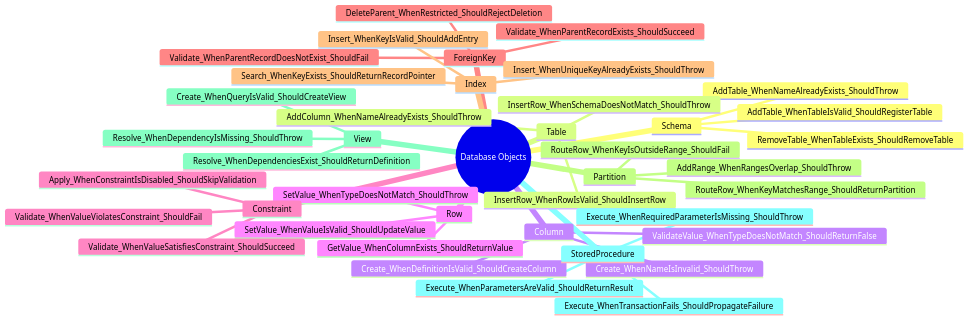
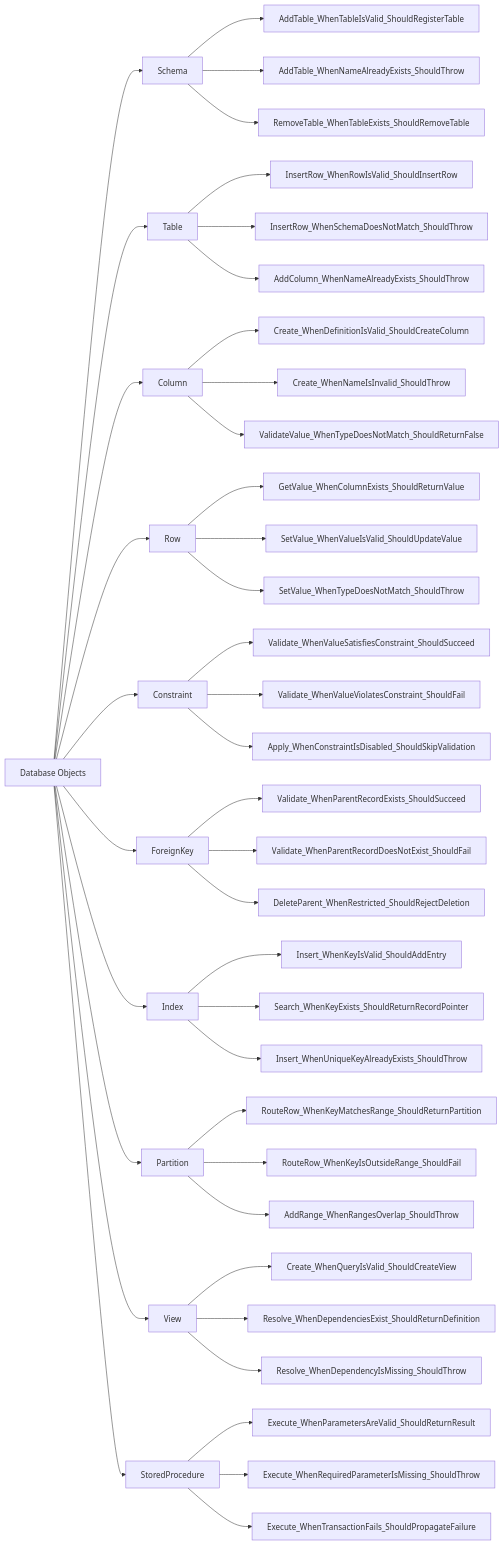
Diagram 12 of 19 in README.md (manaxpow/DBMS), drawn with Mermaid before and after one commit. The commit also changed other lines of this file and 84 other files, not shown here.

````diff
--- a/README.md
+++ b/README.md
@@ -306,44 +340,52 @@
 ```mermaid
-mindmap
-  root((Database Objects))
-    Schema
-      AddTable_WhenTableIsValid_ShouldRegisterTable
-      AddTable_WhenNameAlreadyExists_ShouldThrow
-      RemoveTable_WhenTableExists_ShouldRemoveTable
-    Table
-      InsertRow_WhenRowIsValid_ShouldInsertRow
-      InsertRow_WhenSchemaDoesNotMatch_ShouldThrow
-      AddColumn_WhenNameAlreadyExists_ShouldThrow
-    Column
-      Create_WhenDefinitionIsValid_ShouldCreateColumn
-      Create_WhenNameIsInvalid_ShouldThrow
-      ValidateValue_WhenTypeDoesNotMatch_ShouldReturnFalse
-    Row
-      GetValue_WhenColumnExists_ShouldReturnValue
-      SetValue_WhenValueIsValid_ShouldUpdateValue
-      SetValue_WhenTypeDoesNotMatch_ShouldThrow
-    Constraint
-      Validate_WhenValueSatisfiesConstraint_ShouldSucceed
-      Validate_WhenValueViolatesConstraint_ShouldFail
-      Apply_WhenConstraintIsDisabled_ShouldSkipValidation
-    ForeignKey
-      Validate_WhenParentRecordExists_ShouldSucceed
-      Validate_WhenParentRecordDoesNotExist_ShouldFail
-      DeleteParent_WhenRestricted_ShouldRejectDeletion
-    Index
-      Insert_WhenKeyIsValid_ShouldAddEntry
-      Search_WhenKeyExists_ShouldReturnRecordPointer
-      Insert_WhenUniqueKeyAlreadyExists_ShouldThrow
-    Partition
-      RouteRow_WhenKeyMatchesRange_ShouldReturnPartition
-      RouteRow_WhenKeyIsOutsideRange_ShouldFail
-      AddRange_WhenRangesOverlap_ShouldThrow
-    View
-      Create_WhenQueryIsValid_ShouldCreateView
-      Resolve_WhenDependenciesExist_ShouldReturnDefinition
-      Resolve_WhenDependencyIsMissing_ShouldThrow
-    StoredProcedure
-      Execute_WhenParametersAreValid_ShouldReturnResult
-      Execute_WhenRequiredParameterIsMissing_ShouldThrow
-      Execute_WhenTransactionFails_ShouldPropagateFailure
+flowchart LR
+    Subsystem[Database Objects] --> Schema
+    Schema --> AddTable_WhenTableIsValid_ShouldRegisterTable
+    Schema --> AddTable_WhenNameAlreadyExists_ShouldThrow
+    Schema --> RemoveTable_WhenTableExists_ShouldRemoveTable
+    
+    Subsystem --> Table
+    Table --> InsertRow_WhenRowIsValid_ShouldInsertRow
+    Table --> InsertRow_WhenSchemaDoesNotMatch_ShouldThrow
+    Table --> AddColumn_WhenNameAlreadyExists_ShouldThrow
+    
+    Subsystem --> Column
+    Column --> Create_WhenDefinitionIsValid_ShouldCreateColumn
+    Column --> Create_WhenNameIsInvalid_ShouldThrow
+    Column --> ValidateValue_WhenTypeDoesNotMatch_ShouldReturnFalse
+    
+    Subsystem --> Row
+    Row --> GetValue_WhenColumnExists_ShouldReturnValue
+    Row --> SetValue_WhenValueIsValid_ShouldUpdateValue
+    Row --> SetValue_WhenTypeDoesNotMatch_ShouldThrow
+    
+    Subsystem --> Constraint
+    Constraint --> Validate_WhenValueSatisfiesConstraint_ShouldSucceed
+    Constraint --> Validate_WhenValueViolatesConstraint_ShouldFail
+    Constraint --> Apply_WhenConstraintIsDisabled_ShouldSkipValidation
+    
+    Subsystem --> ForeignKey
+    ForeignKey --> Validate_WhenParentRecordExists_ShouldSucceed
+    ForeignKey --> Validate_WhenParentRecordDoesNotExist_ShouldFail
+    ForeignKey --> DeleteParent_WhenRestricted_ShouldRejectDeletion
+    
+    Subsystem --> Index
+    Index --> Insert_WhenKeyIsValid_ShouldAddEntry
+    Index --> Search_WhenKeyExists_ShouldReturnRecordPointer
+    Index --> Insert_WhenUniqueKeyAlreadyExists_ShouldThrow
+    
+    Subsystem --> Partition
+    Partition --> RouteRow_WhenKeyMatchesRange_ShouldReturnPartition
+    Partition --> RouteRow_WhenKeyIsOutsideRange_ShouldFail
+    Partition --> AddRange_WhenRangesOverlap_ShouldThrow
+    
+    Subsystem --> View
+    View --> Create_WhenQueryIsValid_ShouldCreateView
+    View --> Resolve_WhenDependenciesExist_ShouldReturnDefinition
+    View --> Resolve_WhenDependencyIsMissing_ShouldThrow
+    
+    Subsystem --> StoredProcedure
+    StoredProcedure --> Execute_WhenParametersAreValid_ShouldReturnResult
+    StoredProcedure --> Execute_WhenRequiredParameterIsMissing_ShouldThrow
+    StoredProcedure --> Execute_WhenTransactionFails_ShouldPropagateFailure
 ```
````
